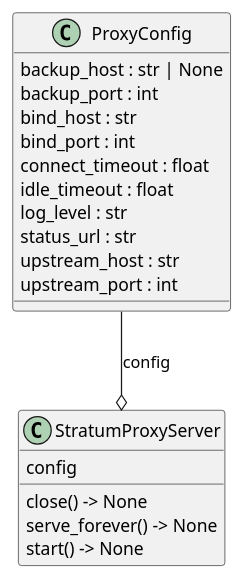
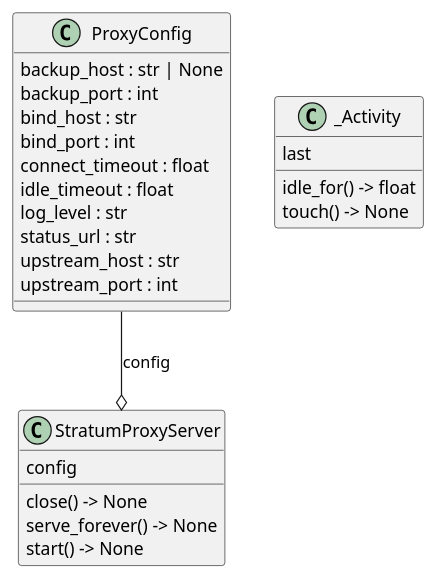
Before and after one commit to casonk/bit-byte-block: the diagram in docs/diagrams/python-classes.puml, drawn with PlantUML. The commit also changed 5 other files, not shown here.

First line of the commit message:
docs: refresh architecture diagrams (#17)

```diff
--- a/docs/diagrams/python-classes.puml
+++ b/docs/diagrams/python-classes.puml
@@ -1,22 +1,27 @@
 @startuml classes_bit-byte-block
 set namespaceSeparator none
 class "ProxyConfig" as bit_byte_block.config.ProxyConfig {
   backup_host : str | None
   backup_port : int
   bind_host : str
   bind_port : int
   connect_timeout : float
   idle_timeout : float
   log_level : str
   status_url : str
   upstream_host : str
   upstream_port : int
 }
 class "StratumProxyServer" as bit_byte_block.proxy.StratumProxyServer {
   config
   close() -> None
   serve_forever() -> None
   start() -> None
 }
+class "_Activity" as bit_byte_block.proxy._Activity {
+  last
+  idle_for() -> float
+  touch() -> None
+}
 bit_byte_block.config.ProxyConfig --o bit_byte_block.proxy.StratumProxyServer : config
 @enduml
```
